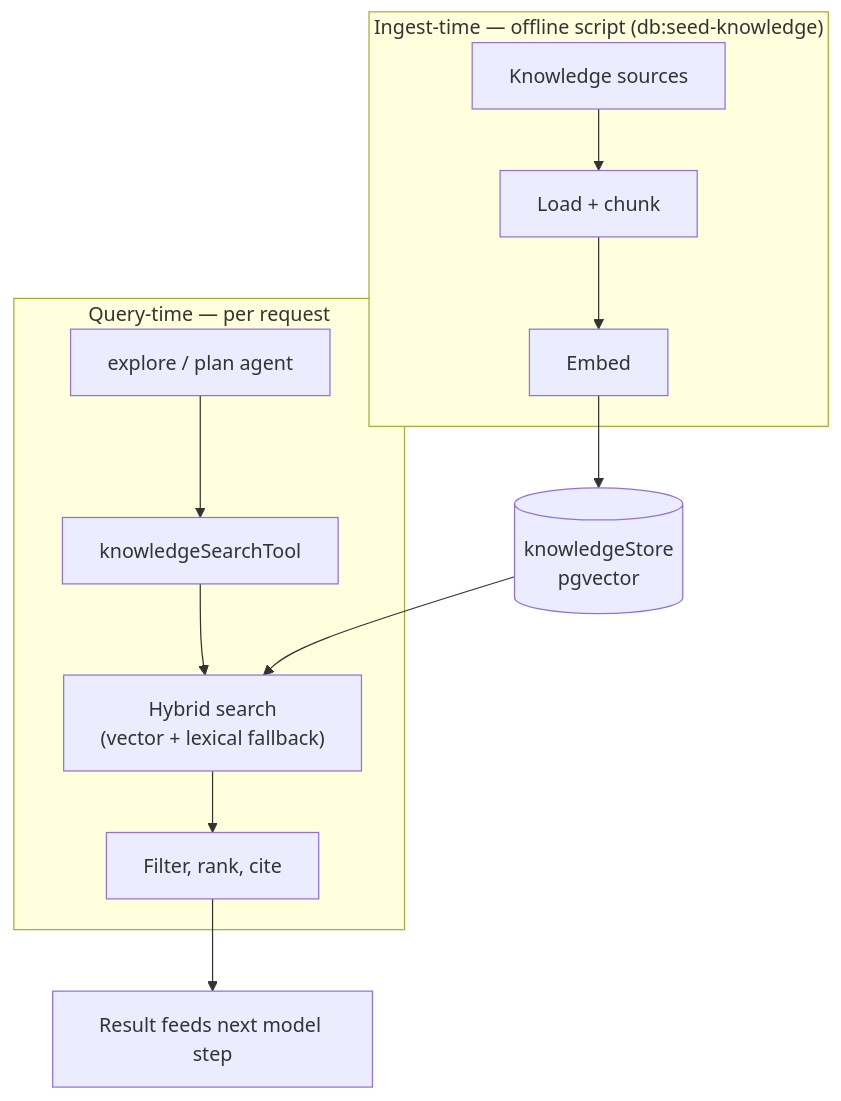
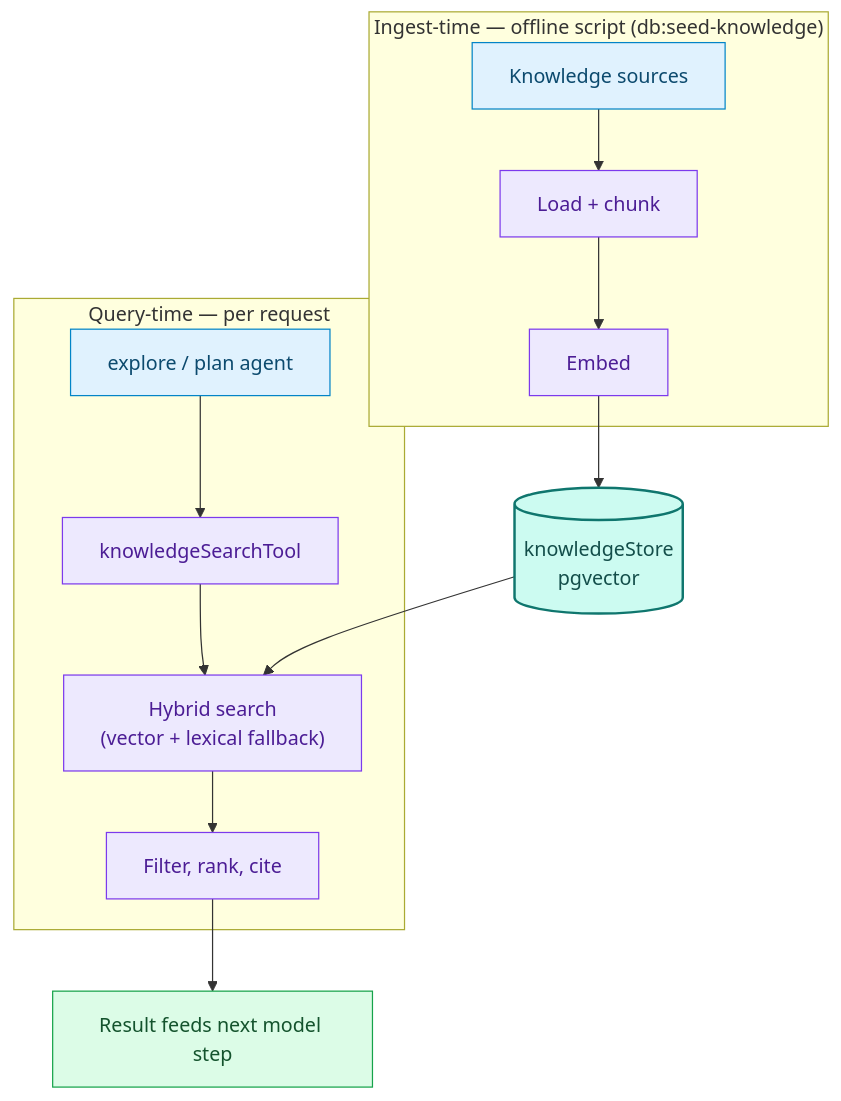
The diagram in docs/flows/02-rag-knowledge.md (nguyentrathao-agilityio/travel-assistant), drawn with Mermaid before and after one commit. The commit also changed 6 other files, not shown here.

Commit message:
docs: style Mermaid workflow diagrams

````diff
--- a/docs/flows/02-rag-knowledge.md
+++ b/docs/flows/02-rag-knowledge.md
@@ -5,13 +5,23 @@
 ```mermaid
 flowchart TD
     subgraph Ingest["Ingest-time — offline script (db:seed-knowledge)"]
         A[Knowledge sources] --> B[Load + chunk] --> C[Embed]
     end
     C --> Store[(knowledgeStore\npgvector)]
 
     subgraph Query["Query-time — per request"]
         D[explore / plan agent] --> E[knowledgeSearchTool] --> F["Hybrid search\n(vector + lexical fallback)"] --> G[Filter, rank, cite]
     end
     Store --> F
     G --> H[Result feeds next model step]
+
+    classDef source fill:#e0f2fe,stroke:#0284c7,color:#0c4a6e
+    classDef process fill:#ede9fe,stroke:#7c3aed,color:#4c1d95
+    classDef storage fill:#ccfbf1,stroke:#0f766e,color:#134e4a,stroke-width:2px
+    classDef result fill:#dcfce7,stroke:#16a34a,color:#14532d
+
+    class A,D source
+    class B,C,E,F,G process
+    class Store storage
+    class H result
 ```
````
